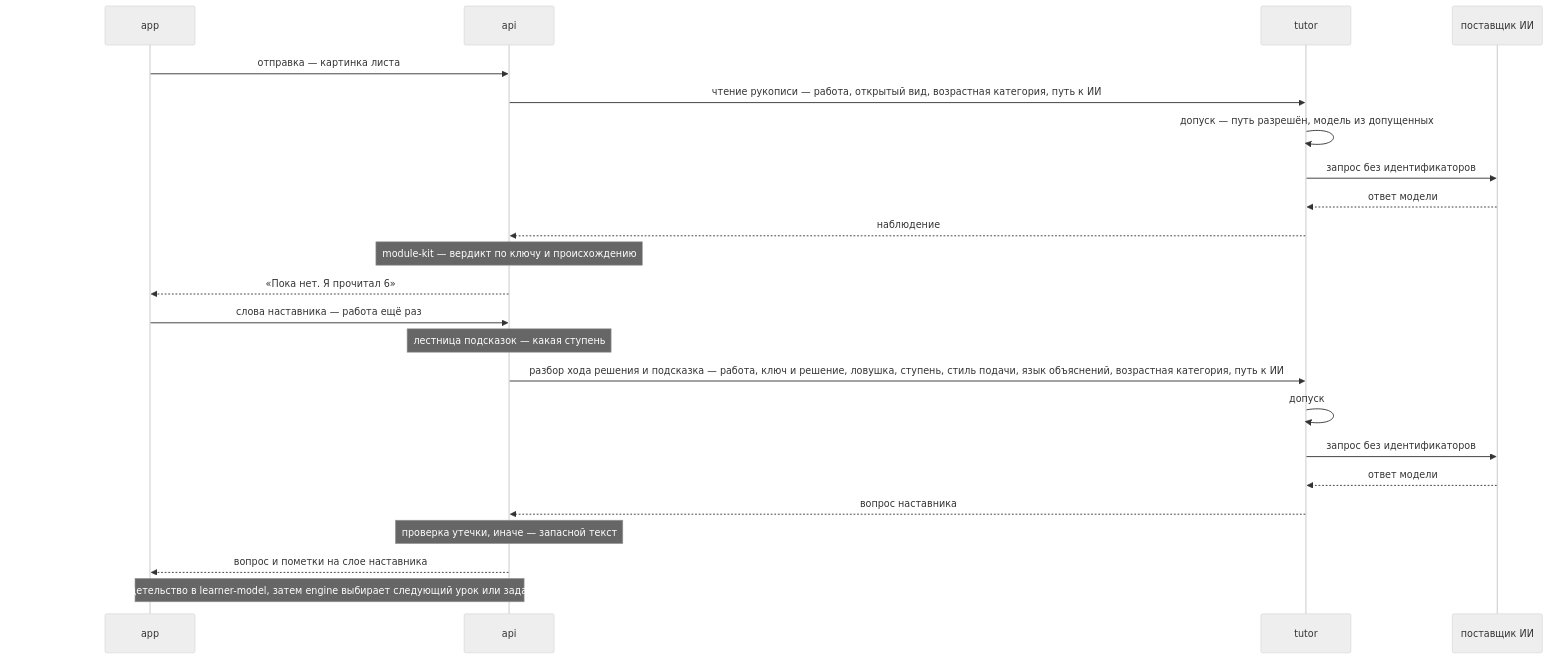
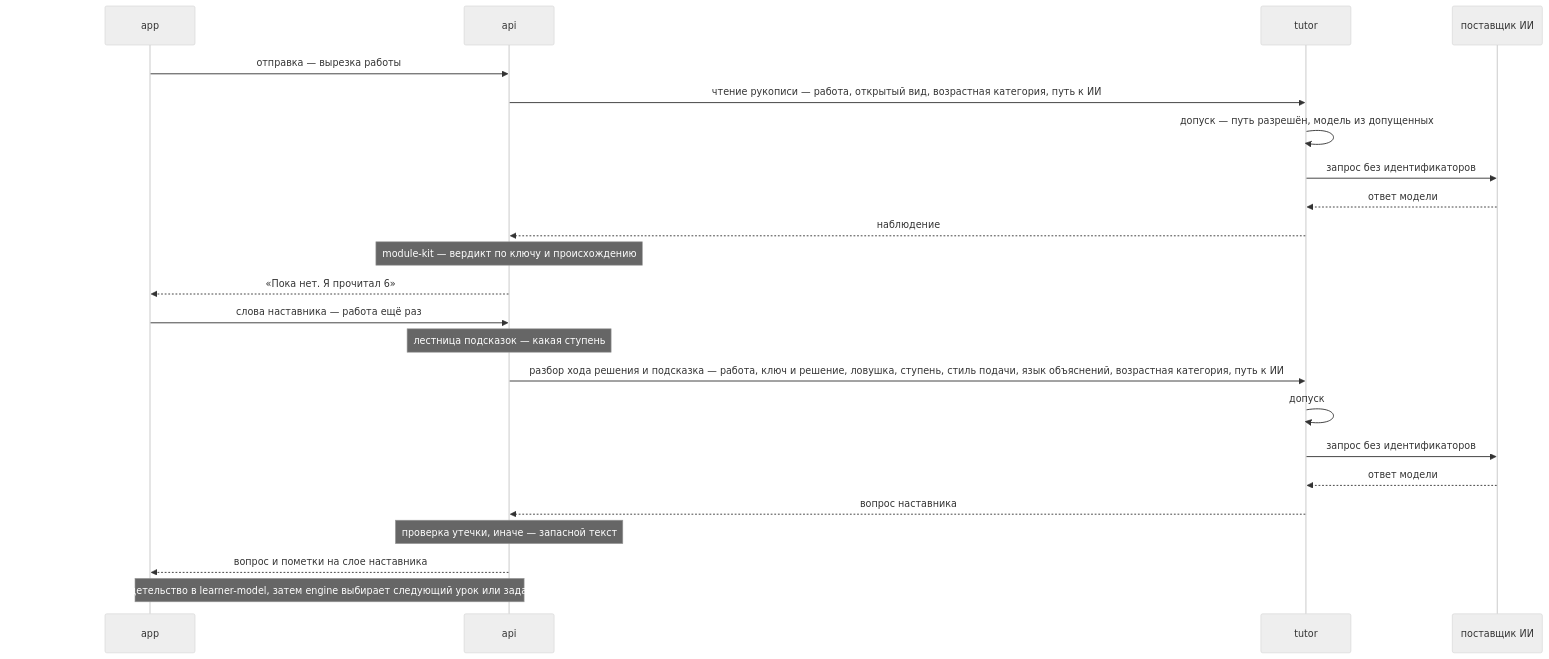
One commit to altnovatrail/spec changed the second of 2 diagrams in docs/architecture.md. Above: the diagram before and after it, drawn with Mermaid (neutral theme). The commit also changed other lines of this file and 7 other files, not shown here.

````diff
--- a/docs/architecture.md
+++ b/docs/architecture.md
@@ -386,25 +397,25 @@
 ```mermaid
 sequenceDiagram
     participant A as app
     participant P as api
     participant T as tutor
     participant M as поставщик ИИ
-    A->>P: отправка — картинка листа
+    A->>P: отправка — вырезка работы
     P->>T: чтение рукописи — работа, открытый вид, возрастная категория, путь к ИИ
     T->>T: допуск — путь разрешён, модель из допущенных
     T->>M: запрос без идентификаторов
     M-->>T: ответ модели
     T-->>P: наблюдение
     Note over P: module-kit — вердикт по ключу и происхождению
     P-->>A: «Пока нет. Я прочитал 6»
     A->>P: слова наставника — работа ещё раз
     Note over P: лестница подсказок — какая ступень
     P->>T: разбор хода решения и подсказка — работа, ключ и решение, ловушка, ступень, стиль подачи, язык объяснений, возрастная категория, путь к ИИ
     T->>T: допуск
     T->>M: запрос без идентификаторов
     M-->>T: ответ модели
     T-->>P: вопрос наставника
     Note over P: проверка утечки, иначе — запасной текст
     P-->>A: вопрос и пометки на слое наставника
     Note over A,P: по итогу попытки — свидетельство в learner-model, затем engine выбирает следующий урок или задачу и пишет код причины
 ```
````
